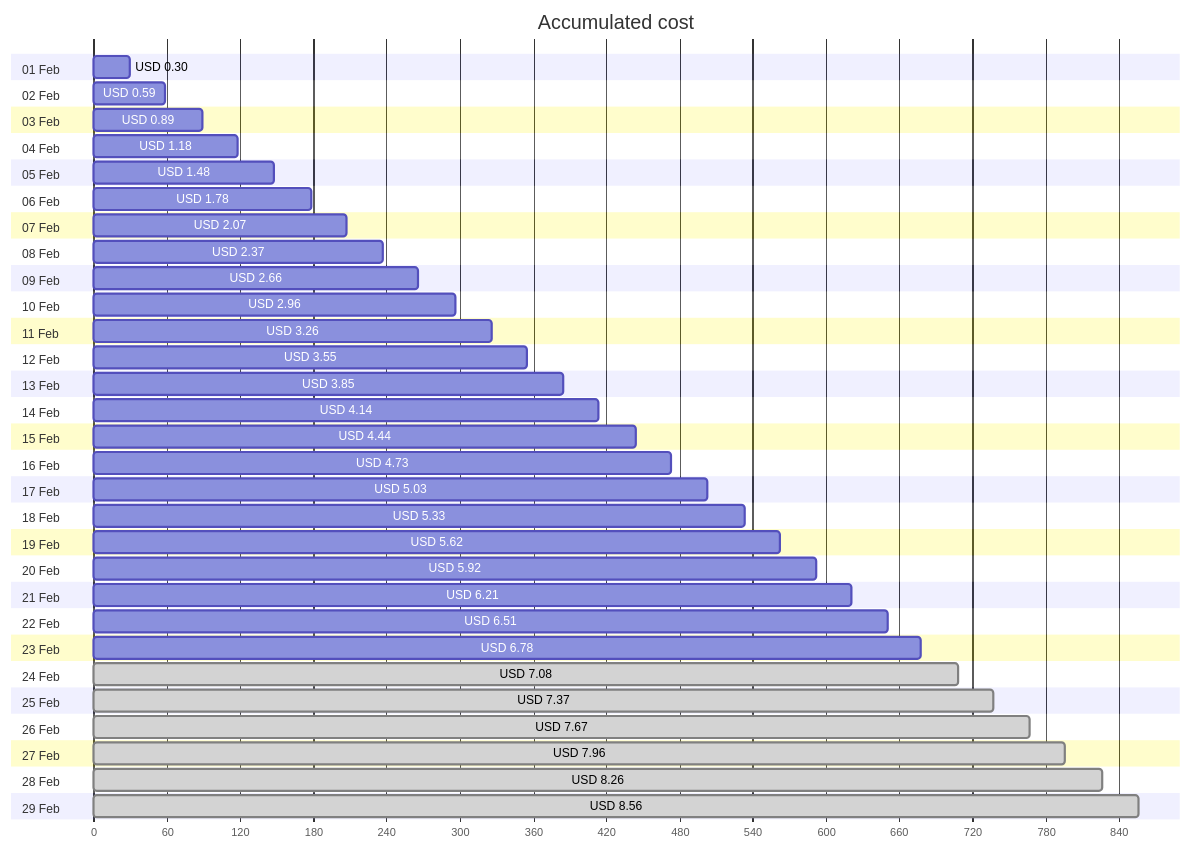
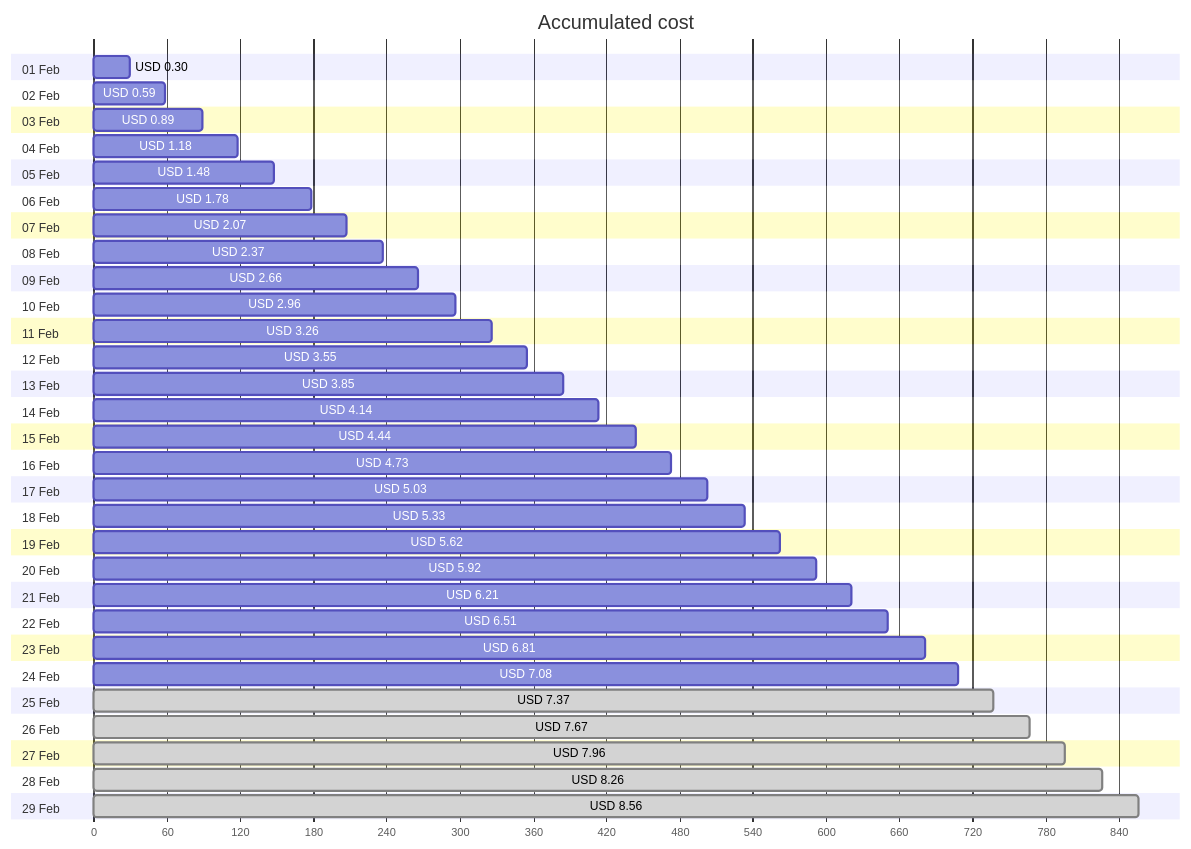
The first of 4 diagrams in cost-reports/personal-site/personal-site-preview.md (jpfulton/azure-personal-reports), drawn with Mermaid before and after one commit. The commit also changed other lines of this file and 6 other files, not shown here.

````diff
--- a/cost-reports/personal-site/personal-site-preview.md
+++ b/cost-reports/personal-site/personal-site-preview.md
@@ -20,64 +20,64 @@
 ```mermaid
 gantt
    title Accumulated cost
    dateFormat  X
    axisFormat %s
    section 01 Feb
    USD 0.30 :0, 30
    section 02 Feb
    USD 0.59 :0, 59
    section 03 Feb
    USD 0.89 :0, 89
    section 04 Feb
    USD 1.18 :0, 118
    section 05 Feb
    USD 1.48 :0, 148
    section 06 Feb
    USD 1.78 :0, 178
    section 07 Feb
    USD 2.07 :0, 207
    section 08 Feb
    USD 2.37 :0, 237
    section 09 Feb
    USD 2.66 :0, 266
    section 10 Feb
    USD 2.96 :0, 296
    section 11 Feb
    USD 3.26 :0, 326
    section 12 Feb
    USD 3.55 :0, 355
    section 13 Feb
    USD 3.85 :0, 385
    section 14 Feb
    USD 4.14 :0, 414
    section 15 Feb
    USD 4.44 :0, 444
    section 16 Feb
    USD 4.73 :0, 473
    section 17 Feb
    USD 5.03 :0, 503
    section 18 Feb
    USD 5.33 :0, 533
    section 19 Feb
    USD 5.62 :0, 562
    section 20 Feb
    USD 5.92 :0, 592
    section 21 Feb
    USD 6.21 :0, 621
    section 22 Feb
    USD 6.51 :0, 651
    section 23 Feb
-   USD 6.78 :0, 678
+   USD 6.81 :0, 681
    section 24 Feb
-   USD 7.08 : done, 0, 708
+   USD 7.08 :0, 708
    section 25 Feb
    USD 7.37 : done, 0, 737
    section 26 Feb
    USD 7.67 : done, 0, 767
    section 27 Feb
    USD 7.96 : done, 0, 796
    section 28 Feb
    USD 8.26 : done, 0, 826
    section 29 Feb
    USD 8.56 : done, 0, 856
 ```
````
